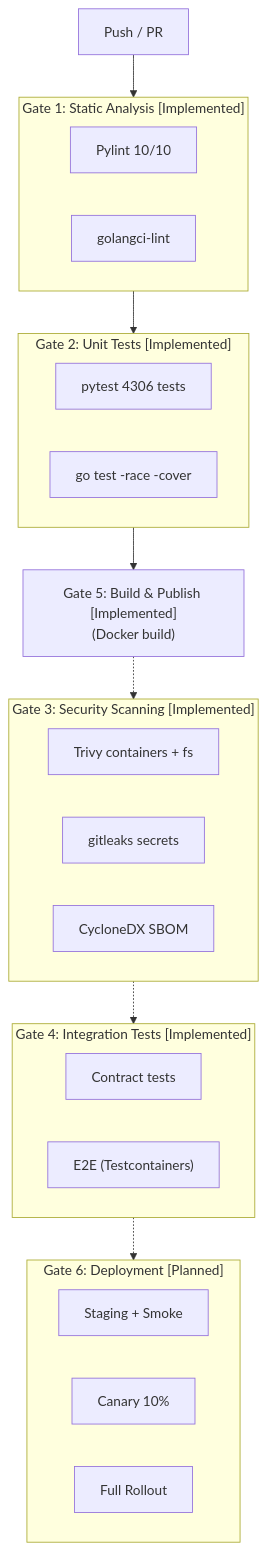
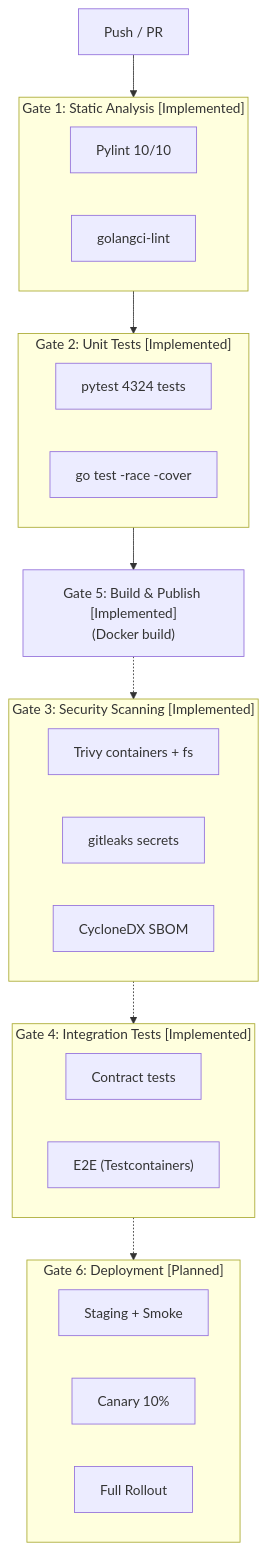
Before and after one commit to jdiitm/graphrag-architect: the eighth of 10 diagrams in docs/SPEC.md, drawn with Mermaid. The commit also changed other lines of this file and 1 other file, not shown here.

````diff
--- a/docs/SPEC.md
+++ b/docs/SPEC.md
@@ -1736,31 +1736,31 @@
 ```mermaid
 flowchart TD
     Push["Push / PR"] --> G1
     subgraph G1 ["Gate 1: Static Analysis [Implemented]"]
         Pylint["Pylint 10/10"]
         GolangciLint["golangci-lint"]
     end
     G1 --> G2
     subgraph G2 ["Gate 2: Unit Tests [Implemented]"]
-        Py["pytest 4306 tests"]
+        Py["pytest 4324 tests"]
         Go["go test -race -cover"]
     end
     G2 --> G5["Gate 5: Build & Publish [Implemented]<br/>(Docker build)"]
     G5 -.-> G3
     subgraph G3 ["Gate 3: Security Scanning [Implemented]"]
         Trivy["Trivy containers + fs"]
         Gitleaks["gitleaks secrets"]
         SBOM["CycloneDX SBOM"]
     end
     G3 -.-> G4
     subgraph G4 ["Gate 4: Integration Tests [Implemented]"]
         Contract["Contract tests"]
         E2E["E2E (Testcontainers)"]
     end
     G4 -.-> G6
     subgraph G6 ["Gate 6: Deployment [Planned]"]
         Staging["Staging + Smoke"]
         Canary["Canary 10%"]
         Full["Full Rollout"]
     end
 ```
````
